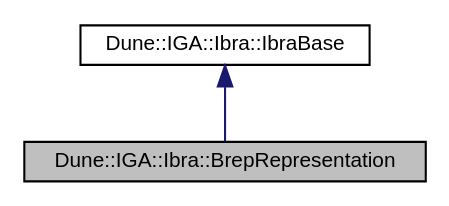
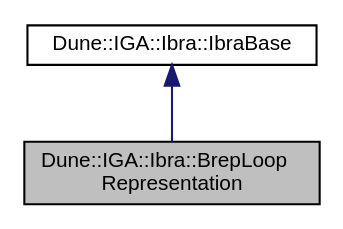
One commit to rath3t/dune-iga-doc changed the diagram in d9/d5b/a01127.dot. Above: the diagram before and after it, drawn with Graphviz. The commit also changed 834 other files, not shown here.

Commit message:
deploy: rath3t/dune-iga@4029b7012355f20c5551990b3dfaf1e790af0da3

```diff
--- a/d9/d5b/a01127.dot
+++ b/d9/d5b/a01127.dot
@@ -1,9 +1,9 @@
-digraph "Dune::IGA::Ibra::BrepRepresentation"
+digraph "Dune::IGA::Ibra::BrepLoopRepresentation"
 {
  // LATEX_PDF_SIZE
   edge [fontname="Helvetica",fontsize="10",labelfontname="Helvetica",labelfontsize="10"];
   node [fontname="Helvetica",fontsize="10",shape=record];
-  Node1 [label="Dune::IGA::Ibra::BrepRepresentation",height=0.2,width=0.4,color="black", fillcolor="grey75", style="filled", fontcolor="black",tooltip=" "];
+  Node1 [label="Dune::IGA::Ibra::BrepLoop\lRepresentation",height=0.2,width=0.4,color="black", fillcolor="grey75", style="filled", fontcolor="black",tooltip=" "];
   Node2 -> Node1 [dir="back",color="midnightblue",fontsize="10",style="solid",fontname="Helvetica"];
-  Node2 [label="Dune::IGA::Ibra::IbraBase",height=0.2,width=0.4,color="black", fillcolor="white", style="filled",URL="$dd/dcb/a01104.html",tooltip=" "];
+  Node2 [label="Dune::IGA::Ibra::IbraBase",height=0.2,width=0.4,color="black", fillcolor="white", style="filled",URL="$d0/d39/a01112.html",tooltip=" "];
 }
```
